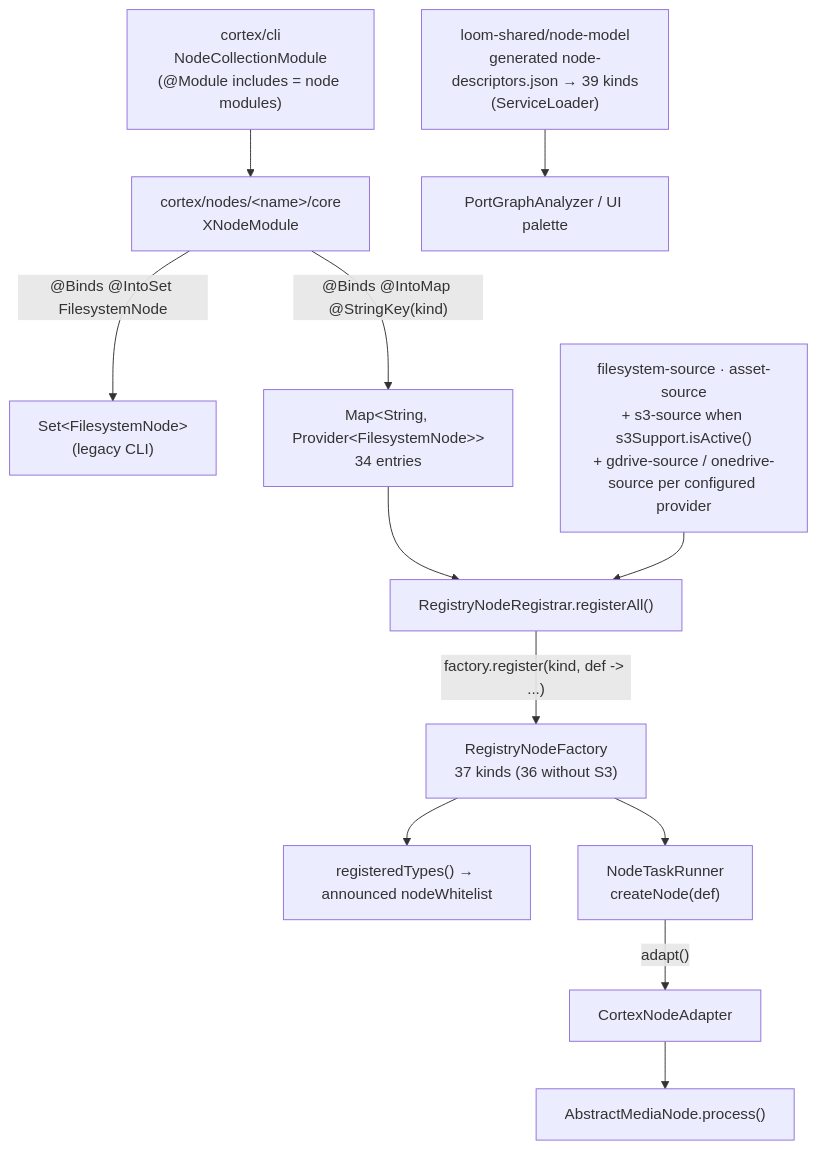
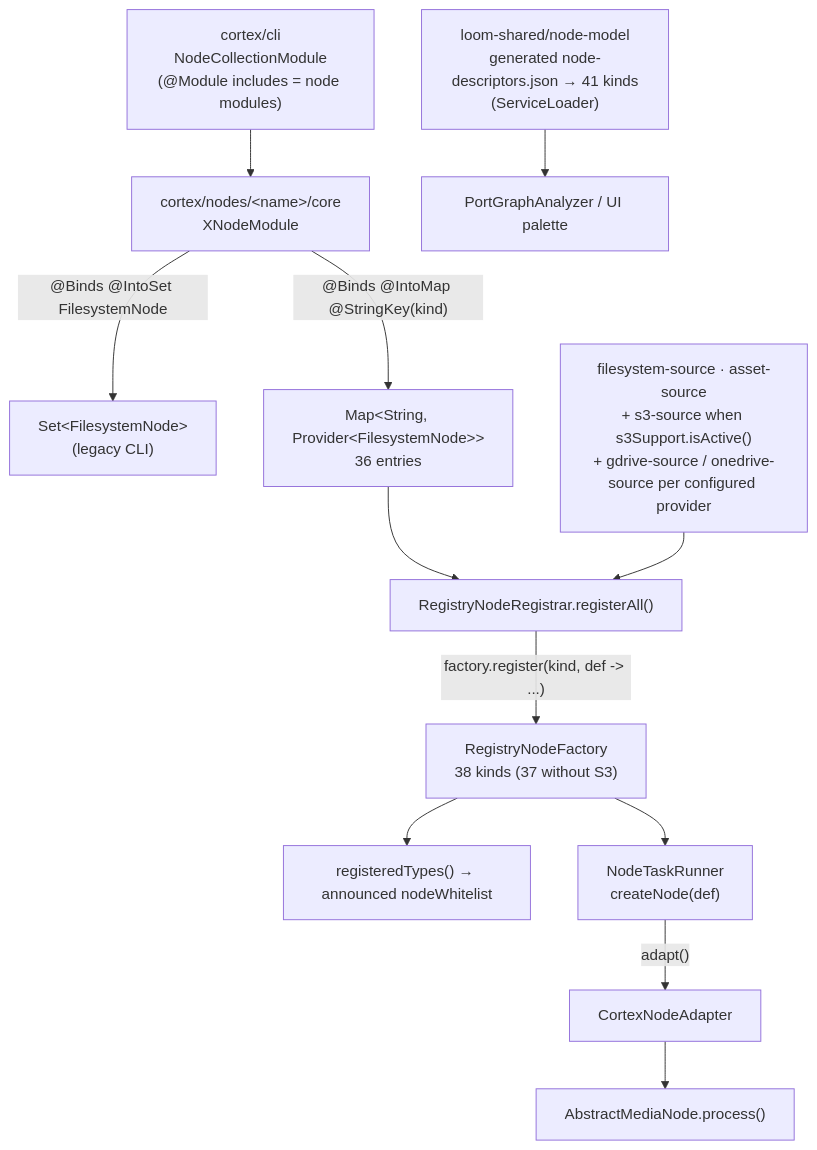
Before and after one commit to metaloom/metaloom: the diagram in spec/features/nodes/NODES.md, drawn with Mermaid. The commit also changed other lines of this file and 8 other files, not shown here.

````diff
--- a/spec/features/nodes/NODES.md
+++ b/spec/features/nodes/NODES.md
@@ -380,15 +383,15 @@
 ```mermaid
 flowchart TD
   M["cortex/nodes/&lt;name&gt;/core<br/>XNodeModule"]
   M -->|"@Binds @IntoSet FilesystemNode"| S["Set&lt;FilesystemNode&gt;<br/>(legacy CLI)"]
-  M -->|"@Binds @IntoMap @StringKey(kind)"| K["Map&lt;String, Provider&lt;FilesystemNode&gt;&gt;<br/>34 entries"]
+  M -->|"@Binds @IntoMap @StringKey(kind)"| K["Map&lt;String, Provider&lt;FilesystemNode&gt;&gt;<br/>36 entries"]
   NC["cortex/cli<br/>NodeCollectionModule<br/>(@Module includes = node modules)"] --> M
   K --> R["RegistryNodeRegistrar.registerAll()"]
   SRC["filesystem-source · asset-source<br/>+ s3-source when s3Support.isActive()<br/>+ gdrive-source / onedrive-source per configured provider"] --> R
-  R -->|"factory.register(kind, def -&gt; ...)"| F["RegistryNodeFactory<br/>37 kinds (36 without S3)"]
+  R -->|"factory.register(kind, def -&gt; ...)"| F["RegistryNodeFactory<br/>38 kinds (37 without S3)"]
   F --> W["registeredTypes() → announced nodeWhitelist"]
   F --> NT["NodeTaskRunner<br/>createNode(def)"]
   NT -->|"adapt()"| A["CortexNodeAdapter"]
   A --> P["AbstractMediaNode.process()"]
-  D["loom-shared/node-model<br/>generated node-descriptors.json → 39 kinds<br/>(ServiceLoader)"] --> V["PortGraphAnalyzer / UI palette"]
+  D["loom-shared/node-model<br/>generated node-descriptors.json → 41 kinds<br/>(ServiceLoader)"] --> V["PortGraphAnalyzer / UI palette"]
 ```
````
